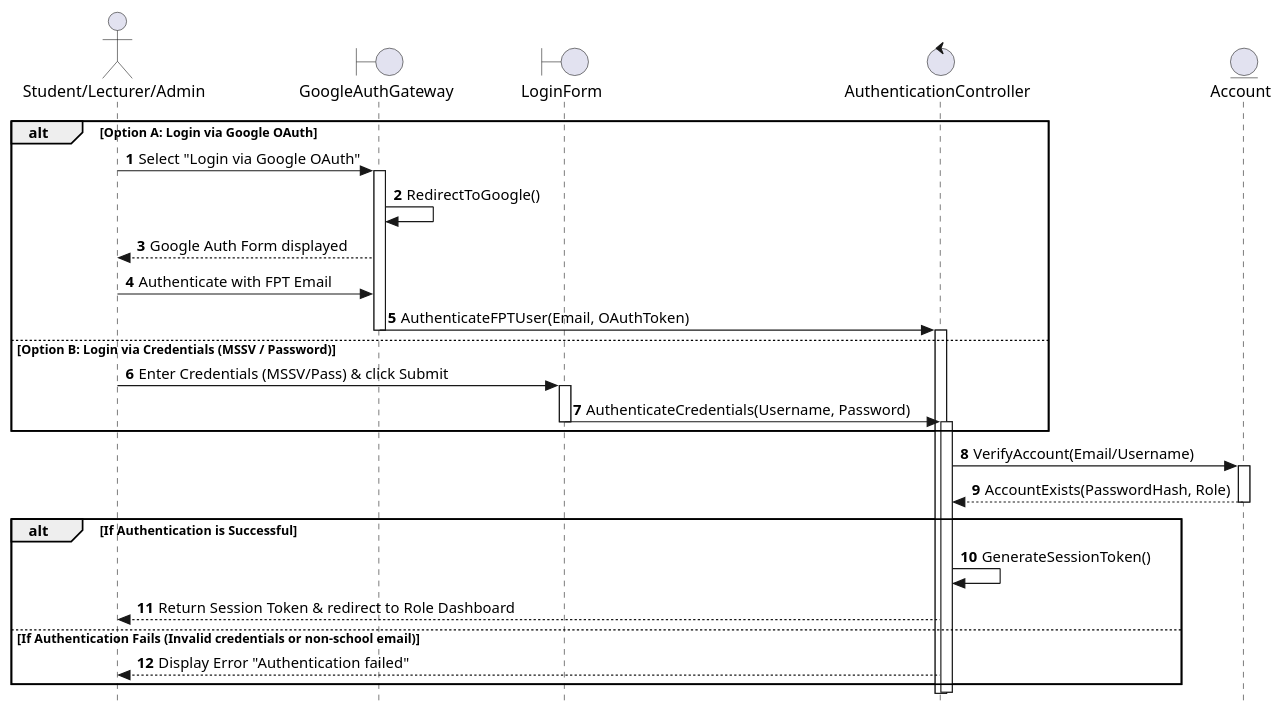
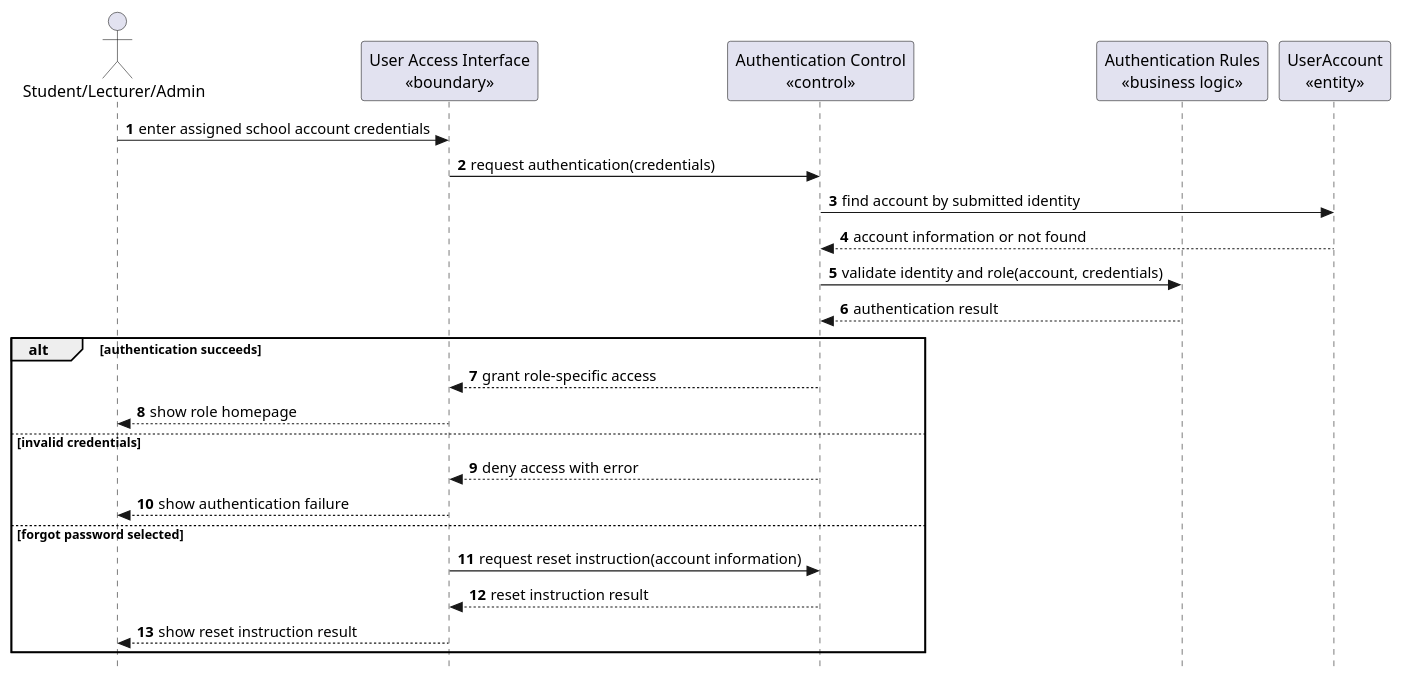
Before and after one commit to nttung42/SWD392: the third of 25 diagrams in docs/sds/2_Analysis.md, drawn with PlantUML. The commit also changed other lines of this file and 1 other file, not shown here.

````diff
--- a/docs/sds/2_Analysis.md
+++ b/docs/sds/2_Analysis.md
@@ -12,41 +255,30 @@
 ```plantuml
 @startuml
 skinparam style strictuml
 autonumber
-actor User as "Student/Lecturer/Admin"
-boundary LGG as "GoogleAuthGateway"
-boundary LAF as "LoginForm"
-control AC as "AuthenticationController"
-entity ACC as "Account"
+actor "Student/Lecturer/Admin" as User
+participant "User Access Interface\n«boundary»" as UI
+participant "Authentication Control\n«control»" as AuthControl
+participant "Authentication Rules\n«business logic»" as AuthRules
+participant "UserAccount\n«entity»" as UserAccount
 
-alt Option A: Login via Google OAuth
-    User -> LGG : Select "Login via Google OAuth"
-    activate LGG
-    LGG -> LGG : RedirectToGoogle()
-    LGG --> User : Google Auth Form displayed
-    User -> LGG : Authenticate with FPT Email
-    LGG -> AC : AuthenticateFPTUser(Email, OAuthToken)
-    deactivate LGG
-    activate AC
-else Option B: Login via Credentials (MSSV / Password)
-    User -> LAF : Enter Credentials (MSSV/Pass) & click Submit
-    activate LAF
-    LAF -> AC : AuthenticateCredentials(Username, Password)
-    deactivate LAF
-    activate AC
+User -> UI : enter assigned school account credentials
+UI -> AuthControl : request authentication(credentials)
+AuthControl -> UserAccount : find account by submitted identity
+UserAccount --> AuthControl : account information or not found
+AuthControl -> AuthRules : validate identity and role(account, credentials)
+AuthRules --> AuthControl : authentication result
+
+alt authentication succeeds
+  AuthControl --> UI : grant role-specific access
+  UI --> User : show role homepage
+else invalid credentials
+  AuthControl --> UI : deny access with error
+  UI --> User : show authentication failure
+else forgot password selected
+  UI -> AuthControl : request reset instruction(account information)
+  AuthControl --> UI : reset instruction result
+  UI --> User : show reset instruction result
 end
-
-AC -> ACC : VerifyAccount(Email/Username)
-activate ACC
-ACC --> AC : AccountExists(PasswordHash, Role)
-deactivate ACC
-
-alt If Authentication is Successful
-    AC -> AC : GenerateSessionToken()
-    AC --> User : Return Session Token & redirect to Role Dashboard
-else If Authentication Fails (Invalid credentials or non-school email)
-    AC --> User : Display Error "Authentication failed"
-end
-deactivate AC
 @enduml
 ```
````
